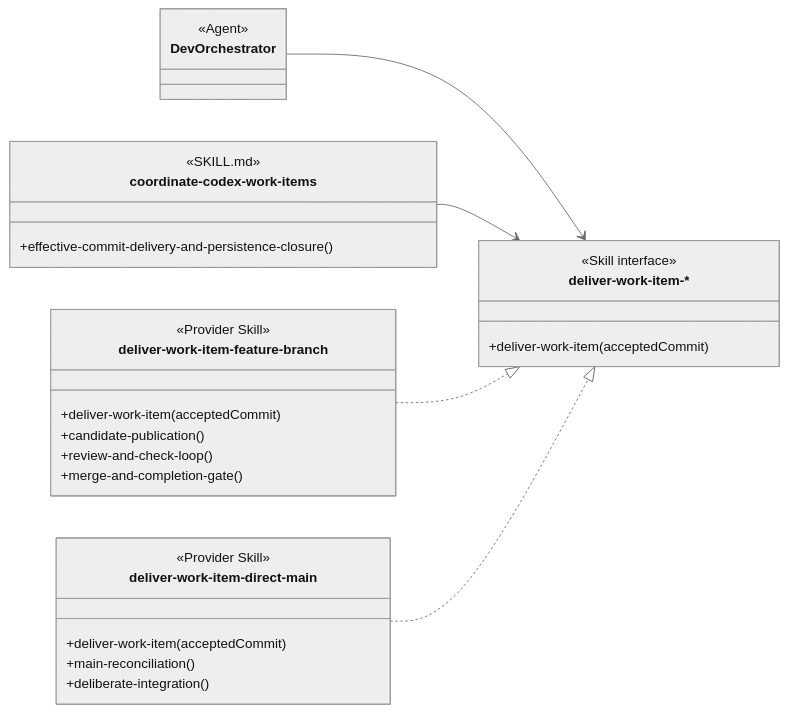
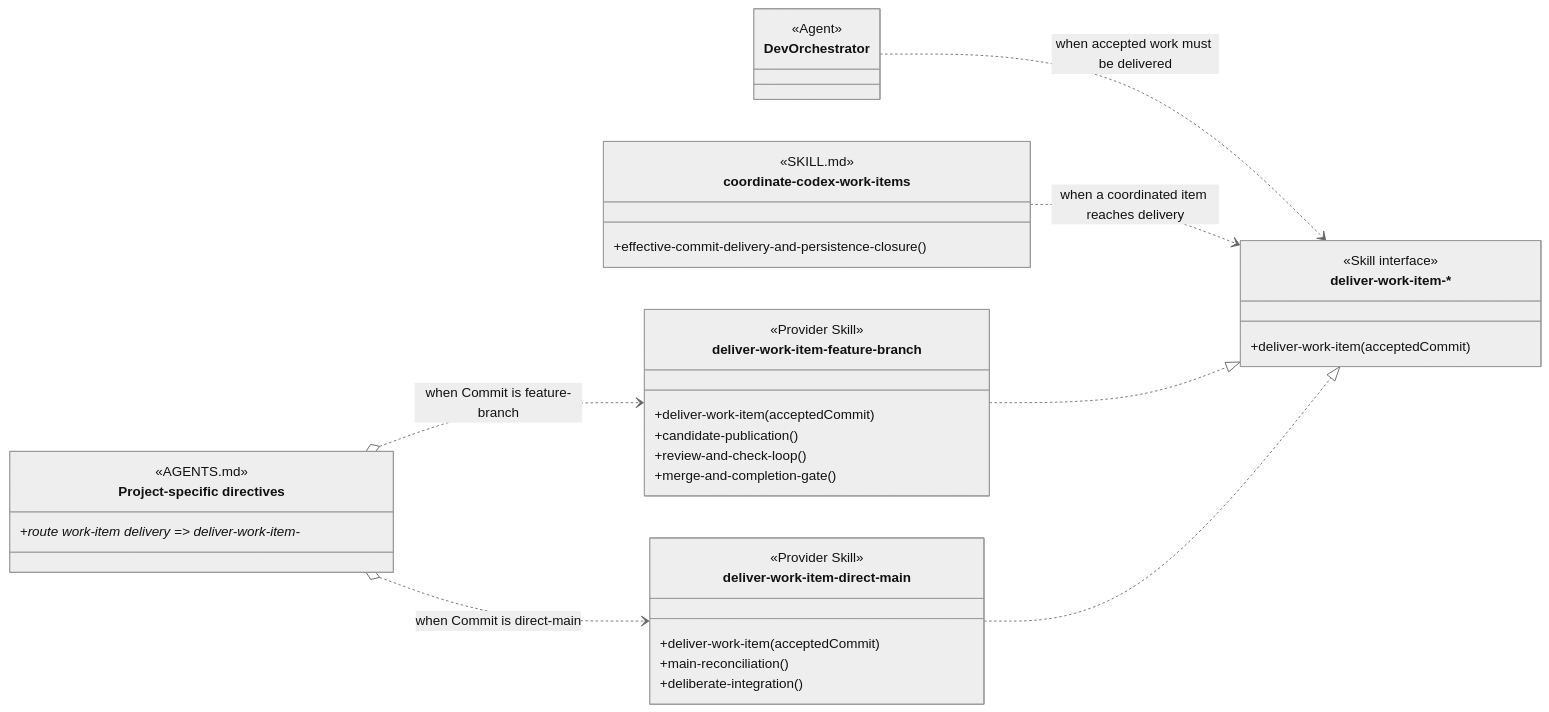
The fifth of 6 diagrams in design/skill-groups/concurrent-tasking.md (martinbechard/dev-methodology), drawn with Mermaid (neutral theme) before and after one commit. The commit also changed other lines of this file, not shown here.

````diff
--- a/design/skill-groups/concurrent-tasking.md
+++ b/design/skill-groups/concurrent-tasking.md
@@ -312,40 +355,48 @@
 ```mermaid
 classDiagram
     direction LR
 
     class DevOrchestrator {
         <<Agent>>
     }
 
     class coordinate-codex-work-items {
         <<SKILL.md>>
         <<Agent Skill>>
         +effective-commit-delivery-and-persistence-closure()
+    }
+
+    class project-specific-directives["Project-specific directives"] {
+        <<AGENTS.md>>
+        <<routing>>
+        +route work-item delivery => deliver-work-item-*
     }
 
     class DeliverWorkItem["deliver-work-item-*"] {
         <<Skill interface>>
         +deliver-work-item(acceptedCommit)
     }
 
     class deliver-work-item-feature-branch {
         <<Provider Skill>>
         +deliver-work-item(acceptedCommit)
         +candidate-publication()
         +review-and-check-loop()
         +merge-and-completion-gate()
     }
 
     class deliver-work-item-direct-main {
         <<Provider Skill>>
         <<Cross-group>>
         +deliver-work-item(acceptedCommit)
         +main-reconciliation()
         +deliberate-integration()
     }
 
-    DevOrchestrator --> DeliverWorkItem
-    coordinate-codex-work-items --> DeliverWorkItem
+    DevOrchestrator ..> DeliverWorkItem : when accepted work must be delivered
+    coordinate-codex-work-items ..> DeliverWorkItem : when a coordinated item reaches delivery
+    project-specific-directives o..> deliver-work-item-feature-branch : when Commit is feature-branch
+    project-specific-directives o..> deliver-work-item-direct-main : when Commit is direct-main
     deliver-work-item-feature-branch ..|> DeliverWorkItem
     deliver-work-item-direct-main ..|> DeliverWorkItem
 ```
````
